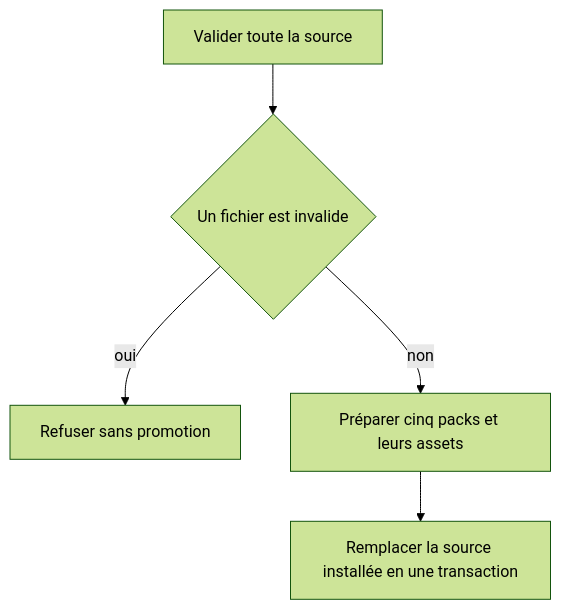
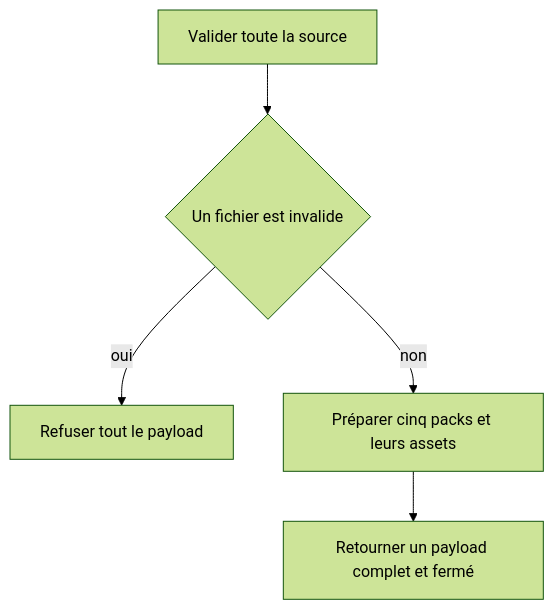
The first of 2 diagrams in aidd_docs/tasks/2026_09/2026_09_10_handbook-catalog/phase-2.md (RebelliousSmile/schema-pbta), drawn with Mermaid (forest theme) before and after one commit. The commit also changed other lines of this file and 6 other files, not shown here.

````diff
--- a/aidd_docs/tasks/2026_09/2026_09_10_handbook-catalog/phase-2.md
+++ b/aidd_docs/tasks/2026_09/2026_09_10_handbook-catalog/phase-2.md
@@ -22,7 +22,7 @@
 ```mermaid
 flowchart TD
   A[Valider toute la source] --> B{Un fichier est invalide}
-  B -->|oui| C[Refuser sans promotion]
+  B -->|oui| C[Refuser tout le payload]
   B -->|non| D[Préparer cinq packs et leurs assets]
-  D --> E[Remplacer la source installée en une transaction]
+  D --> E[Retourner un payload complet et fermé]
 ```
````
